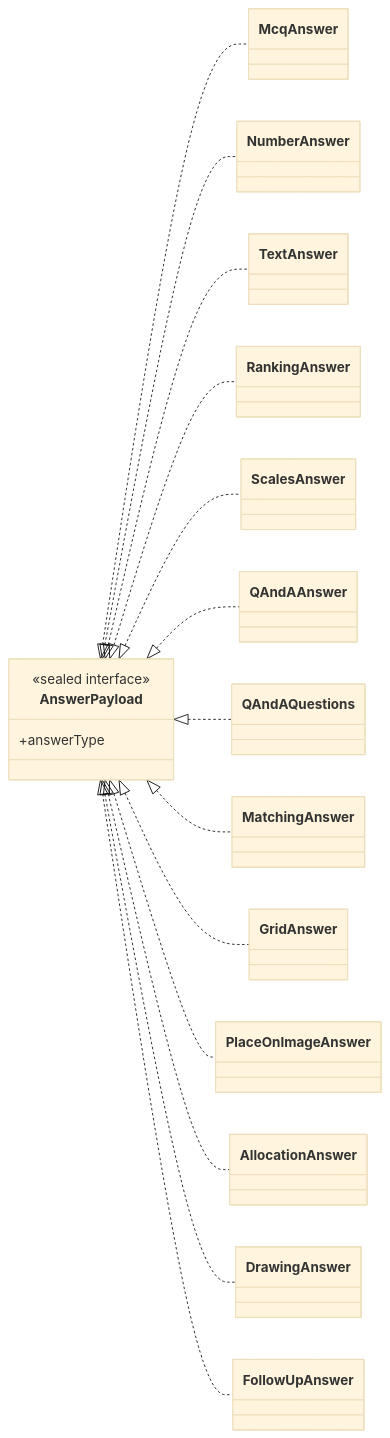
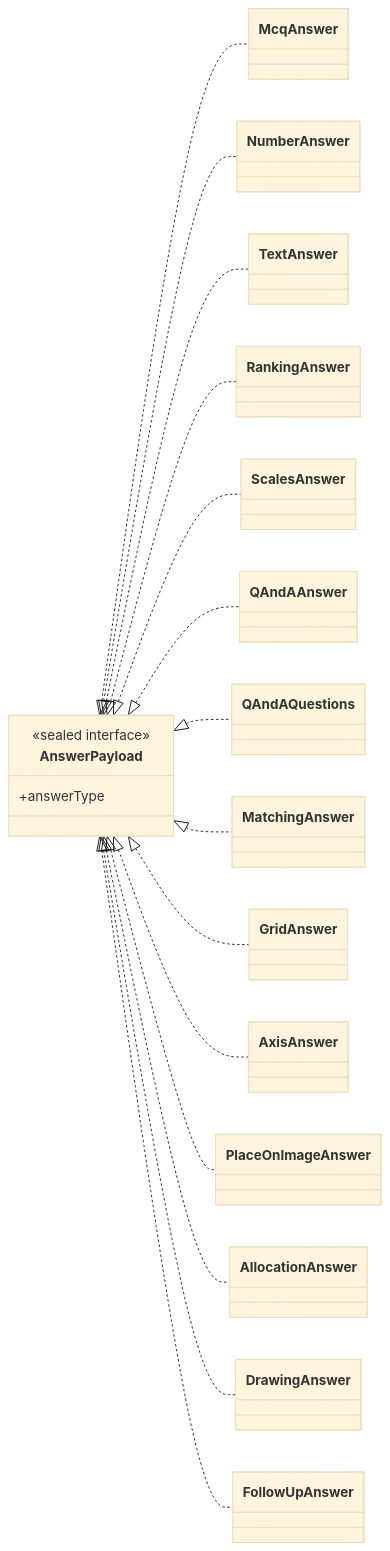
One commit to Saganaut/ambi changed the sixth of 6 diagrams in z-docs/diagrams/domain-model.md. Above: the diagram before and after it, drawn with Mermaid (base theme). The commit also changed other lines of this file and 5 other files, not shown here.

Commit message:
docs(diagrams): correct auth, collaboration, deck-authoring, domain-model, frontend-architecture, index

````diff
--- a/z-docs/diagrams/domain-model.md
+++ b/z-docs/diagrams/domain-model.md
@@ -264,21 +280,22 @@
 ```mermaid
 classDiagram
     direction LR
     class AnswerPayload {
         <<sealed interface>>
         +answerType
     }
     AnswerPayload <|.. McqAnswer
     AnswerPayload <|.. NumberAnswer
     AnswerPayload <|.. TextAnswer
     AnswerPayload <|.. RankingAnswer
     AnswerPayload <|.. ScalesAnswer
     AnswerPayload <|.. QAndAAnswer
     AnswerPayload <|.. QAndAQuestions
     AnswerPayload <|.. MatchingAnswer
     AnswerPayload <|.. GridAnswer
+    AnswerPayload <|.. AxisAnswer
     AnswerPayload <|.. PlaceOnImageAnswer
     AnswerPayload <|.. AllocationAnswer
     AnswerPayload <|.. DrawingAnswer
     AnswerPayload <|.. FollowUpAnswer
 ```
````
